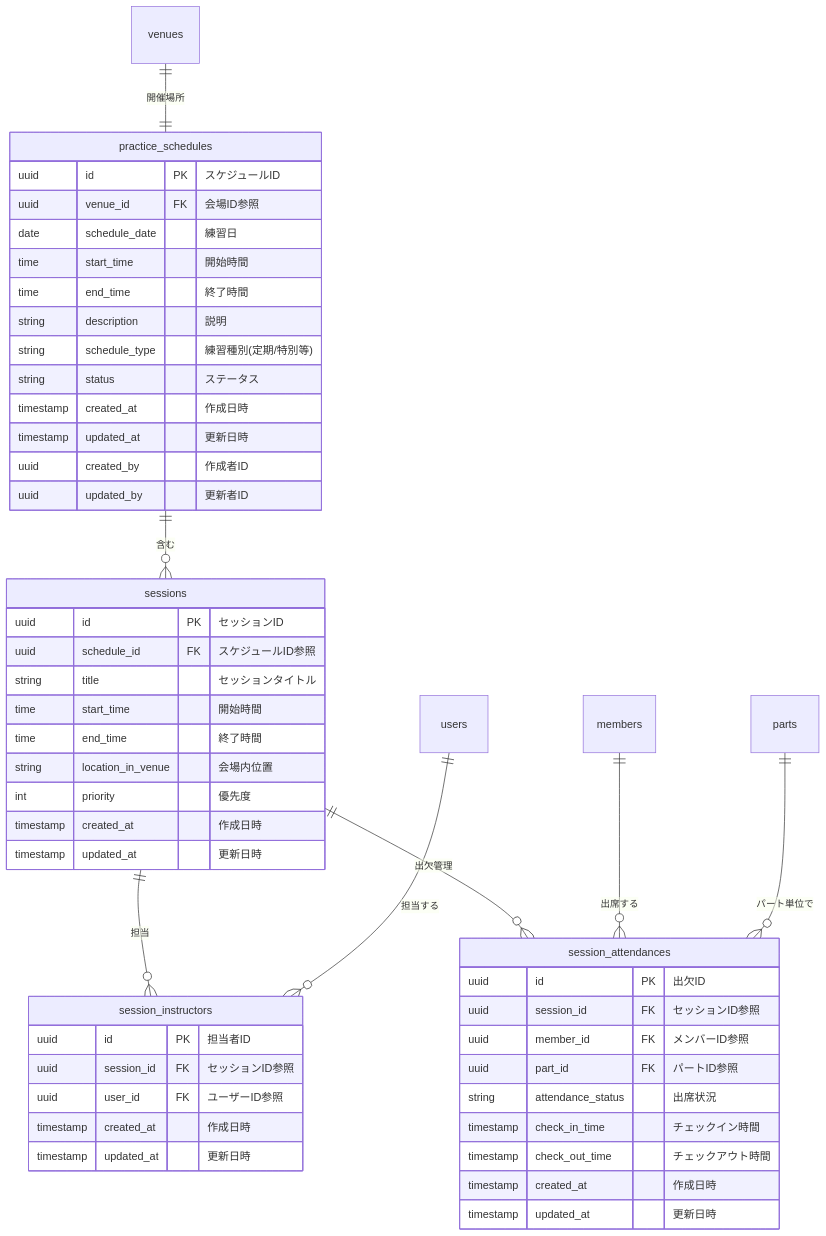
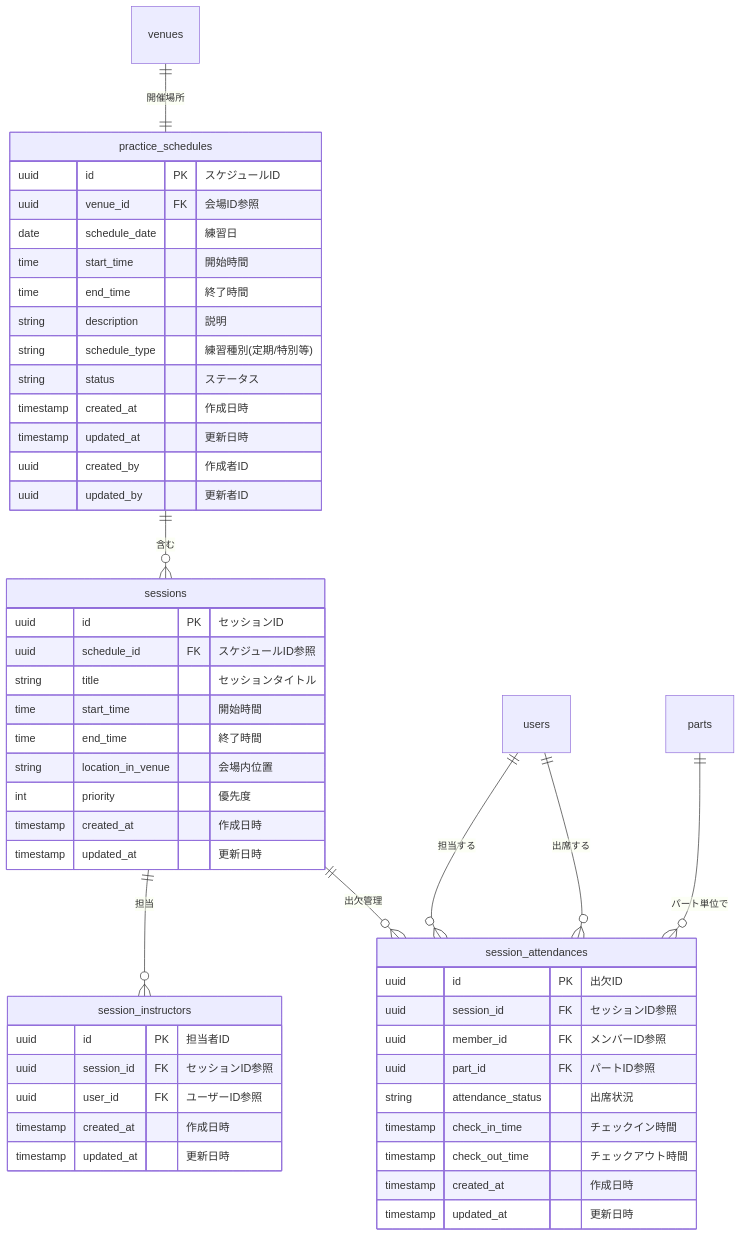
One commit to NowatariSoma/tomosigoto_nou_system changed the diagram in tickets/phase_1/backend/BACK-DB-001/BACK-DB-001.3/README.md. Above: the diagram before and after it, drawn with Mermaid.

````diff
--- a/tickets/phase_1/backend/BACK-DB-001/BACK-DB-001.3/README.md
+++ b/tickets/phase_1/backend/BACK-DB-001/BACK-DB-001.3/README.md
@@ -84,57 +84,57 @@
 ```mermaid
 erDiagram
     practice_schedules ||--o{ sessions : "含む"
     sessions ||--o{ session_instructors : "担当"
     sessions ||--o{ session_attendances : "出欠管理"
     venues ||--|| practice_schedules : "開催場所"
-    users ||--o{ session_instructors : "担当する"
-    members ||--o{ session_attendances : "出席する"
+    users ||--o{ session_attendances : "担当する"
+    users ||--o{ session_attendances : "出席する"
     parts ||--o{ session_attendances : "パート単位で"
     
     practice_schedules {
         uuid id PK "スケジュールID"
         uuid venue_id FK "会場ID参照"
         date schedule_date "練習日"
         time start_time "開始時間"
         time end_time "終了時間"
         string description "説明"
         string schedule_type "練習種別(定期/特別等)"
         string status "ステータス"
         timestamp created_at "作成日時"
         timestamp updated_at "更新日時"
         uuid created_by "作成者ID"
         uuid updated_by "更新者ID"
     }
     
     sessions {
         uuid id PK "セッションID"
         uuid schedule_id FK "スケジュールID参照"
         string title "セッションタイトル"
         time start_time "開始時間"
         time end_time "終了時間"
         string location_in_venue "会場内位置"
         int priority "優先度"
         timestamp created_at "作成日時"
         timestamp updated_at "更新日時"
     }
     
     session_instructors {
         uuid id PK "担当者ID"
         uuid session_id FK "セッションID参照"
         uuid user_id FK "ユーザーID参照"
         timestamp created_at "作成日時"
         timestamp updated_at "更新日時"
     }
     
     session_attendances {
         uuid id PK "出欠ID"
         uuid session_id FK "セッションID参照"
         uuid member_id FK "メンバーID参照"
         uuid part_id FK "パートID参照"
         string attendance_status "出席状況"
         timestamp check_in_time "チェックイン時間"
         timestamp check_out_time "チェックアウト時間"
         timestamp created_at "作成日時"
         timestamp updated_at "更新日時"
     }
 ```
````
